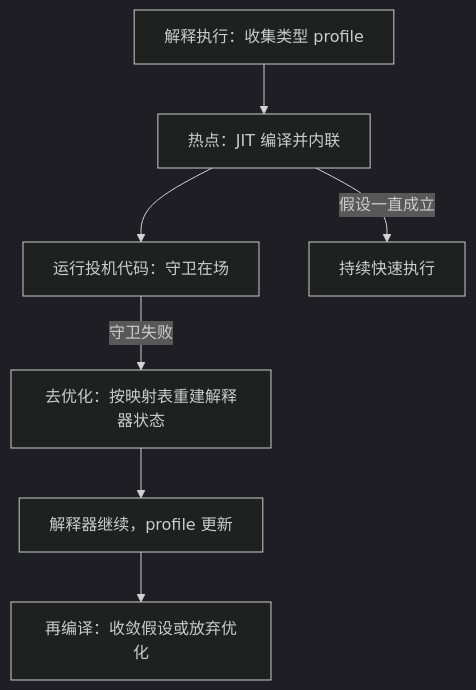
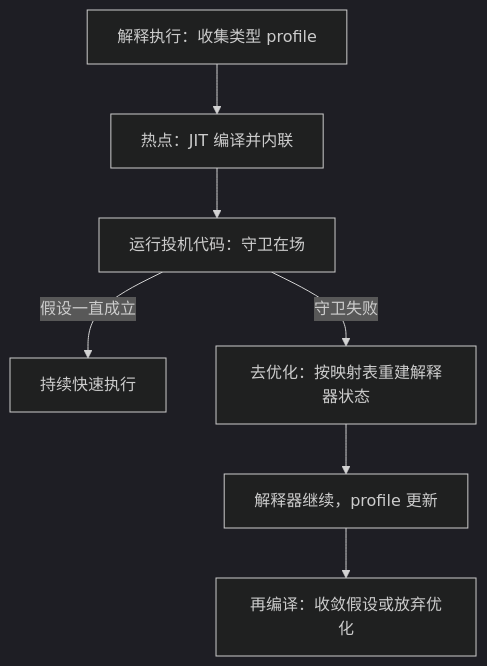
Before and after one commit to xhongduo-tech/xhongduo-tech.github.io: the second of 2 diagrams in docs/cs/deoptimization.md, drawn with Mermaid (dark theme). The commit also changed 1 other file, not shown here.

Commit message:
Content review cs-275: the register machine's bytecode is a quarter larger in total size per Shi et al rather than per instruction, and the deoptimization guard branch leaves the runtime node, plus a duplicated orphan sentence is collapsed.

````diff
--- a/docs/cs/deoptimization.md
+++ b/docs/cs/deoptimization.md
@@ -49,9 +49,9 @@
 ```mermaid
 flowchart TD
   INT["解释执行：收集类型 profile"] --> HOT["热点：JIT 编译并内联"]
   HOT --> RUN["运行投机代码：守卫在场"]
-  HOT -->|"假设一直成立"| OK["持续快速执行"]
+  RUN -->|"假设一直成立"| OK["持续快速执行"]
   RUN -->|"守卫失败"| DEOPT["去优化：按映射表重建解释器状态"]
   DEOPT --> INT2["解释器继续，profile 更新"]
   INT2 --> RECOMP["再编译：收敛假设或放弃优化"]
 ```
````
